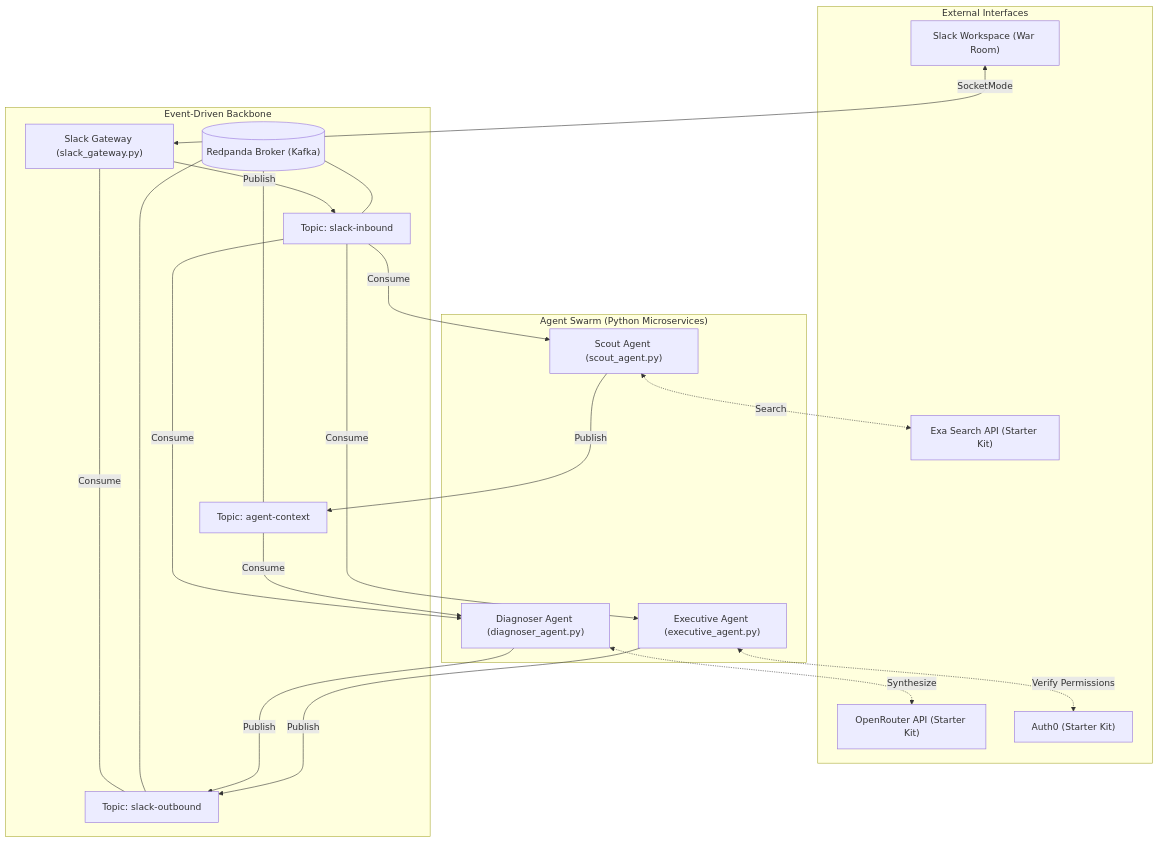
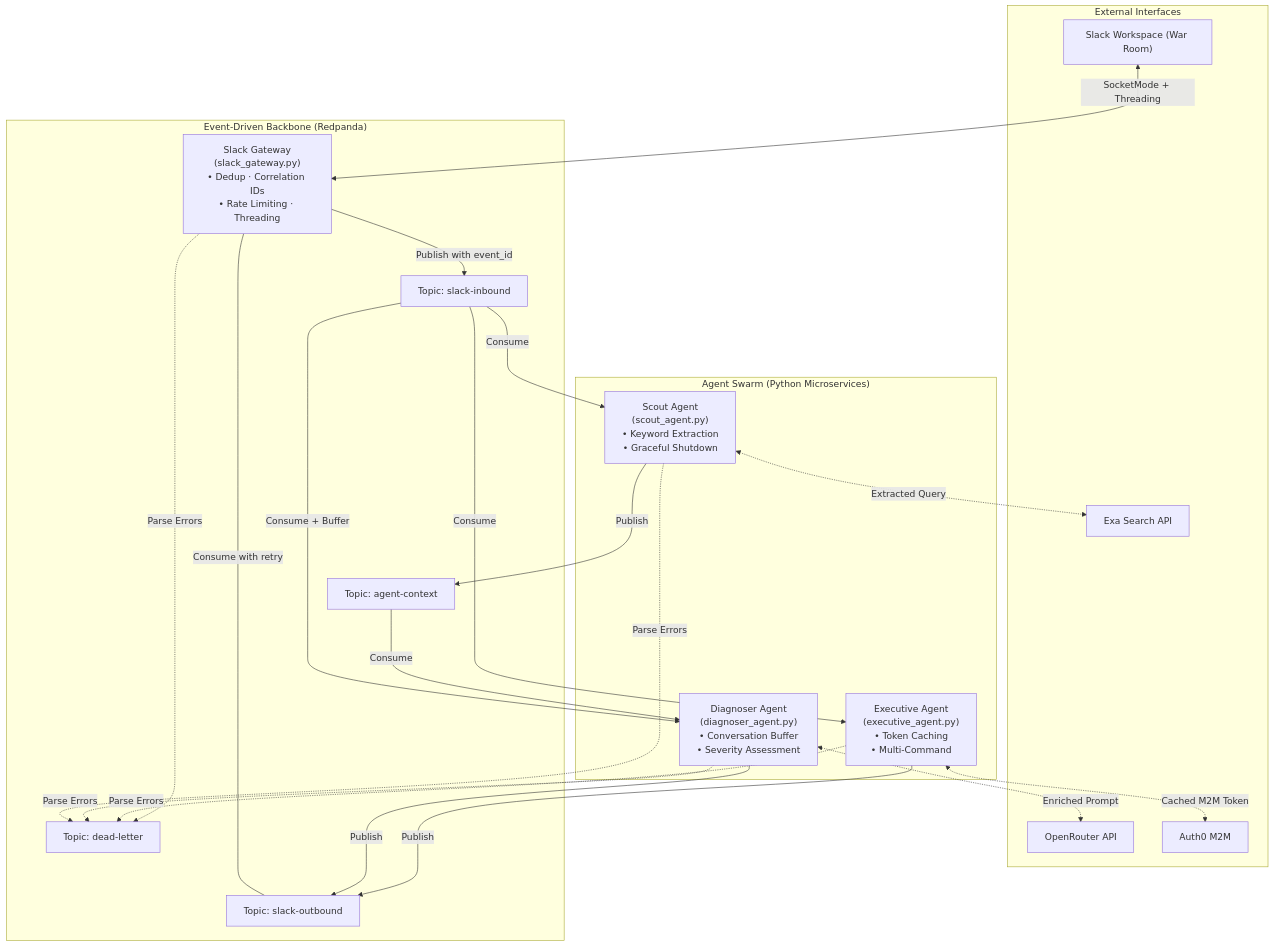
Before and after one commit to AnushaFreshStart/event-driven-war-room: the first of 4 diagrams in ARCHITECTURE.md, drawn with Mermaid. The commit also changed other lines of this file and 6 other files, not shown here.

````diff
--- a/ARCHITECTURE.md
+++ b/ARCHITECTURE.md
@@ -9,47 +9,48 @@
 ```mermaid
 graph TD
     subgraph "External Interfaces"
         Slack["Slack Workspace (War Room)"]
-        Exa["Exa Search API (Starter Kit)"]
-        OpenRouter["OpenRouter API (Starter Kit)"]
-        Auth0["Auth0 (Starter Kit)"]
+        Exa["Exa Search API"]
+        OpenRouter["OpenRouter API"]
+        Auth0["Auth0 M2M"]
     end
 
-    subgraph "Event-Driven Backbone"
-        Gateway["Slack Gateway (slack_gateway.py)"]
-        Redpanda[("Redpanda Broker (Kafka)")]
+    subgraph "Event-Driven Backbone (Redpanda)"
+        Gateway["Slack Gateway<br>(slack_gateway.py)<br>• Dedup · Correlation IDs<br>• Rate Limiting · Threading"]
         TopicIn["Topic: slack-inbound"]
         TopicContext["Topic: agent-context"]
         TopicOut["Topic: slack-outbound"]
+        TopicDLQ["Topic: dead-letter"]
     end
 
     subgraph "Agent Swarm (Python Microservices)"
-        Scout["Scout Agent (scout_agent.py)"]
-        Diagnoser["Diagnoser Agent (diagnoser_agent.py)"]
-        Executive["Executive Agent (executive_agent.py)"]
+        Scout["Scout Agent<br>(scout_agent.py)<br>• Keyword Extraction<br>• Graceful Shutdown"]
+        Diagnoser["Diagnoser Agent<br>(diagnoser_agent.py)<br>• Conversation Buffer<br>• Severity Assessment"]
+        Executive["Executive Agent<br>(executive_agent.py)<br>• Token Caching<br>• Multi-Command"]
     end
 
     %% Gateway Connections
-    Slack <-->|SocketMode| Gateway
-    Gateway -->|Publish| TopicIn
-    Gateway <---|Consume| TopicOut
-
-    %% Redpanda Topics
-    Redpanda --- TopicIn
-    Redpanda --- TopicContext
-    Redpanda --- TopicOut
+    Slack <-->|SocketMode + Threading| Gateway
+    Gateway -->|Publish with event_id| TopicIn
+    Gateway <---|Consume with retry| TopicOut
 
     %% Agent Connections
     TopicIn --->|Consume| Scout
     Scout --->|Publish| TopicContext
-    Scout <.->|Search| Exa
+    Scout <.->|Extracted Query| Exa
 
-    TopicIn --->|Consume| Diagnoser
+    TopicIn --->|Consume + Buffer| Diagnoser
     TopicContext --->|Consume| Diagnoser
     Diagnoser --->|Publish| TopicOut
-    Diagnoser <.->|Synthesize| OpenRouter
+    Diagnoser <.->|Enriched Prompt| OpenRouter
 
     TopicIn --->|Consume| Executive
     Executive --->|Publish| TopicOut
-    Executive <.->|Verify Permissions| Auth0
+    Executive <.->|Cached M2M Token| Auth0
+
+    %% DLQ
+    Scout -.->|Parse Errors| TopicDLQ
+    Diagnoser -.->|Parse Errors| TopicDLQ
+    Executive -.->|Parse Errors| TopicDLQ
+    Gateway -.->|Parse Errors| TopicDLQ
 ```
````
